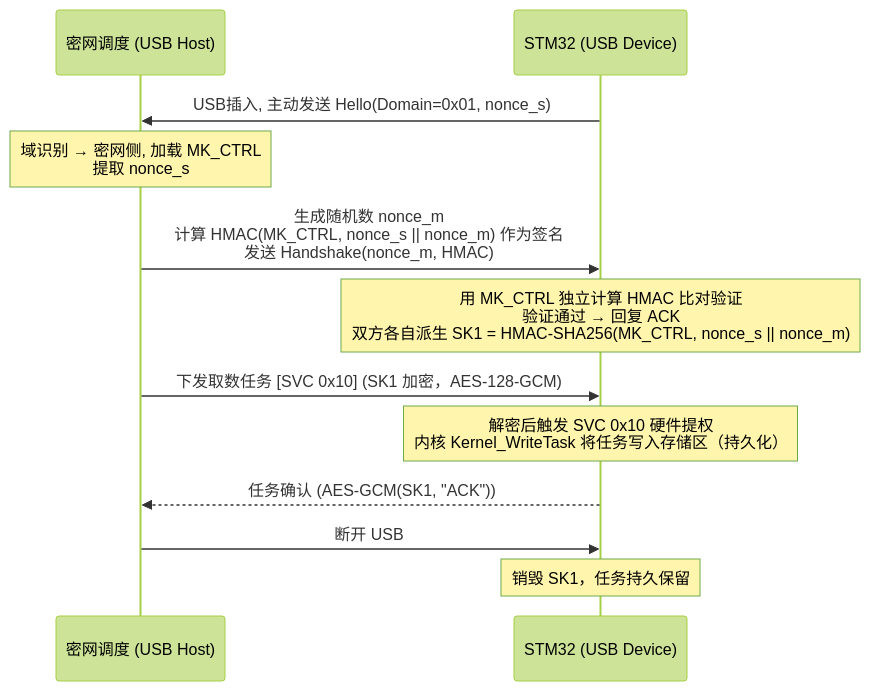
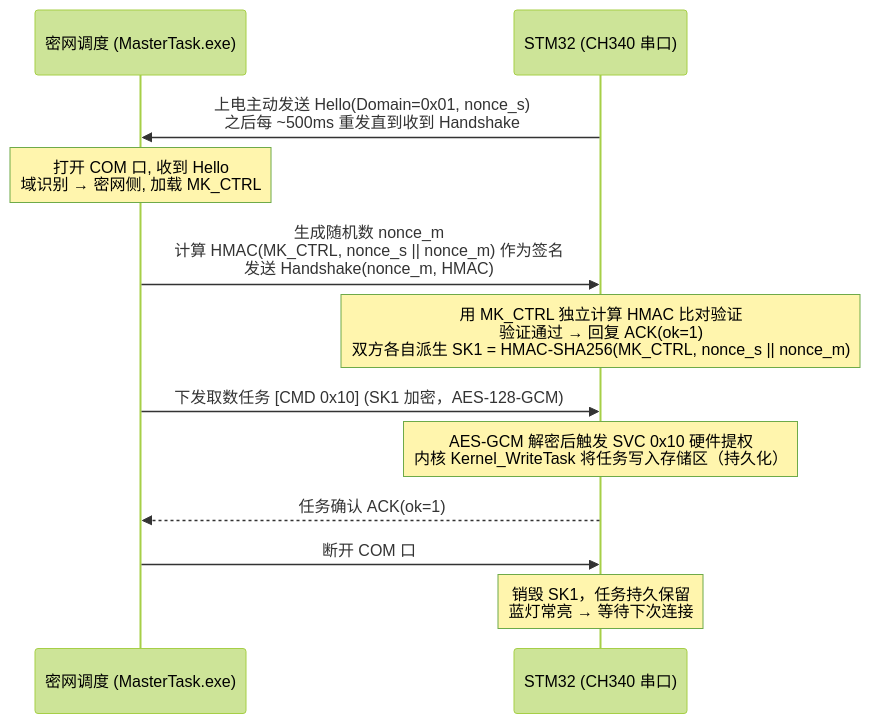
Before and after one commit to zsj8844/uuOS: the second of 4 diagrams in 文档管理/设计文档3.md, drawn with Mermaid (forest theme). The commit also changed other lines of this file and 109 other files, not shown here.

````diff
--- a/文档管理/设计文档3.md
+++ b/文档管理/设计文档3.md
@@ -139,18 +169,18 @@
 ```mermaid
 sequenceDiagram
-    participant 调度 as 密网调度 (USB Host)
-    participant STM32 as STM32 (USB Device)
+    participant 调度 as 密网调度 (MasterTask.exe)
+    participant STM32 as STM32 (CH340 串口)
 
-    STM32->>调度: USB插入, 主动发送 Hello(Domain=0x01, nonce_s)
-    Note over 调度: 域识别 → 密网侧, 加载 MK_CTRL<br/>提取 nonce_s
+    STM32->>调度: 上电主动发送 Hello(Domain=0x01, nonce_s)<br/>之后每 ~500ms 重发直到收到 Handshake
+    Note over 调度: 打开 COM 口, 收到 Hello<br/>域识别 → 密网侧, 加载 MK_CTRL
 
     调度->>STM32: 生成随机数 nonce_m<br/>计算 HMAC(MK_CTRL, nonce_s || nonce_m) 作为签名<br/>发送 Handshake(nonce_m, HMAC)
-    Note over STM32: 用 MK_CTRL 独立计算 HMAC 比对验证<br/>验证通过 → 回复 ACK<br/>双方各自派生 SK1 = HMAC-SHA256(MK_CTRL, nonce_s || nonce_m)
+    Note over STM32: 用 MK_CTRL 独立计算 HMAC 比对验证<br/>验证通过 → 回复 ACK(ok=1)<br/>双方各自派生 SK1 = HMAC-SHA256(MK_CTRL, nonce_s || nonce_m)
 
-    调度->>STM32: 下发取数任务 [SVC 0x10] (SK1 加密，AES-128-GCM)
-    Note over STM32: 解密后触发 SVC 0x10 硬件提权<br/>内核 Kernel_WriteTask 将任务写入存储区（持久化）
-    STM32-->>调度: 任务确认 (AES-GCM(SK1, "ACK"))
+    调度->>STM32: 下发取数任务 [CMD 0x10] (SK1 加密，AES-128-GCM)
+    Note over STM32: AES-GCM 解密后触发 SVC 0x10 硬件提权<br/>内核 Kernel_WriteTask 将任务写入存储区（持久化）
+    STM32-->>调度: 任务确认 ACK(ok=1)
 
-    调度->>STM32: 断开 USB
-    Note over STM32: 销毁 SK1，任务持久保留
+    调度->>STM32: 断开 COM 口
+    Note over STM32: 销毁 SK1，任务持久保留<br/>蓝灯常亮 → 等待下次连接
 ```
````
